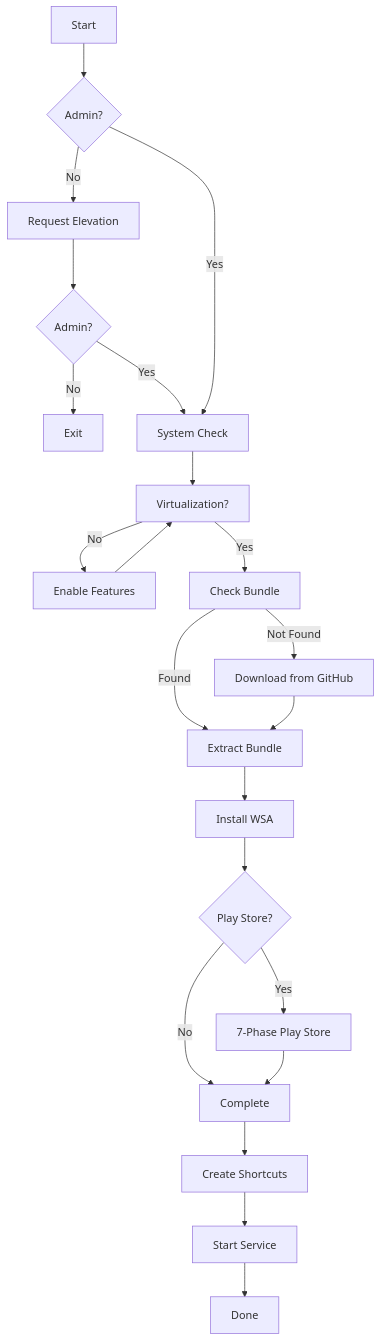
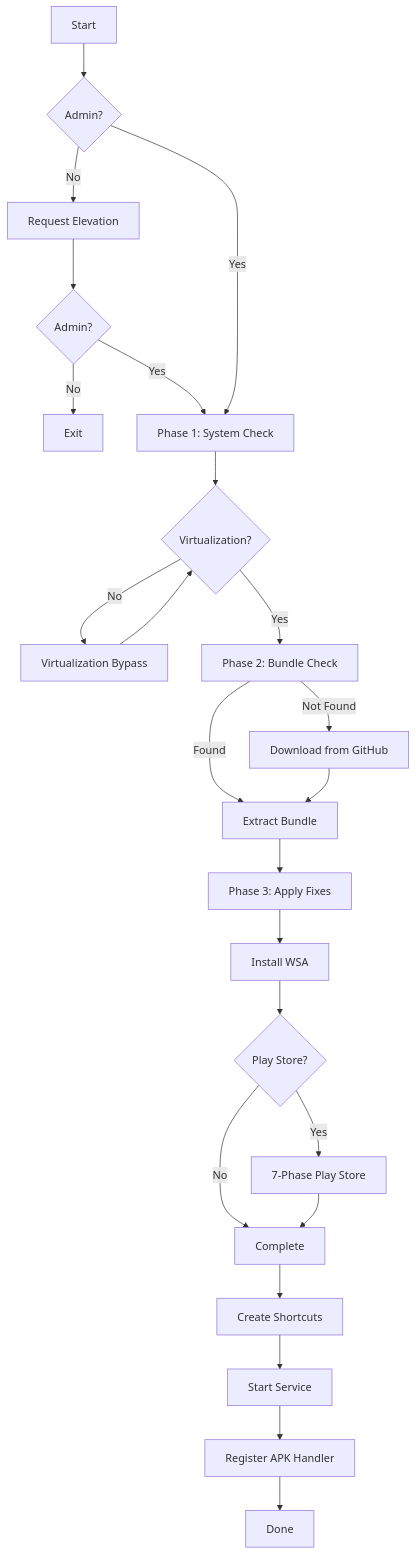
One commit to WSA-Installer/wsa-installer changed the second of 2 diagrams in README.md. Above: the diagram before and after it, drawn with Mermaid. The commit also changed other lines of this file and 1 other file, not shown here.

Commit message:
docs: update README with official icon, new CLI args, and architecture diagrams
- Add official icon.png from source assets
- Add --register-apk, --unregister-apk, --wsa-pacman CLI args
- Update native modules table (5 modules)
- Update mermaid architecture diagram with new components
- Update installation flow with 3-phase check and APK handler
- Mark 5 new features as completed in roadmap

````diff
--- a/README.md
+++ b/README.md
@@ -358,24 +359,26 @@
 ```mermaid
 flowchart TD
     A[Start] --> B{Admin?}
     B -->|No| C[Request Elevation]
     C --> D{Admin?}
     D -->|No| E[Exit]
-    D -->|Yes| F[System Check]
+    D -->|Yes| F[Phase 1: System Check]
     B -->|Yes| F
-    F --> G[Virtualization?]
-    G -->|No| H[Enable Features]
+    F --> G{Virtualization?}
+    G -->|No| H[Virtualization Bypass]
     H --> G
-    G -->|Yes| I[Check Bundle]
+    G -->|Yes| I[Phase 2: Bundle Check]
     I -->|Found| J[Extract Bundle]
     I -->|Not Found| K[Download from GitHub]
     K --> J
-    J --> L[Install WSA]
-    L --> M{Play Store?}
-    M -->|Yes| N[7-Phase Play Store]
-    M -->|No| O[Complete]
-    N --> O
-    O --> P[Create Shortcuts]
-    P --> Q[Start Service]
-    Q --> R[Done]
+    J --> L[Phase 3: Apply Fixes]
+    L --> M[Install WSA]
+    M --> N{Play Store?}
+    N -->|Yes| O[7-Phase Play Store]
+    N -->|No| P[Complete]
+    O --> P
+    P --> Q[Create Shortcuts]
+    Q --> R[Start Service]
+    R --> S[Register APK Handler]
+    S --> T[Done]
 ```
````
